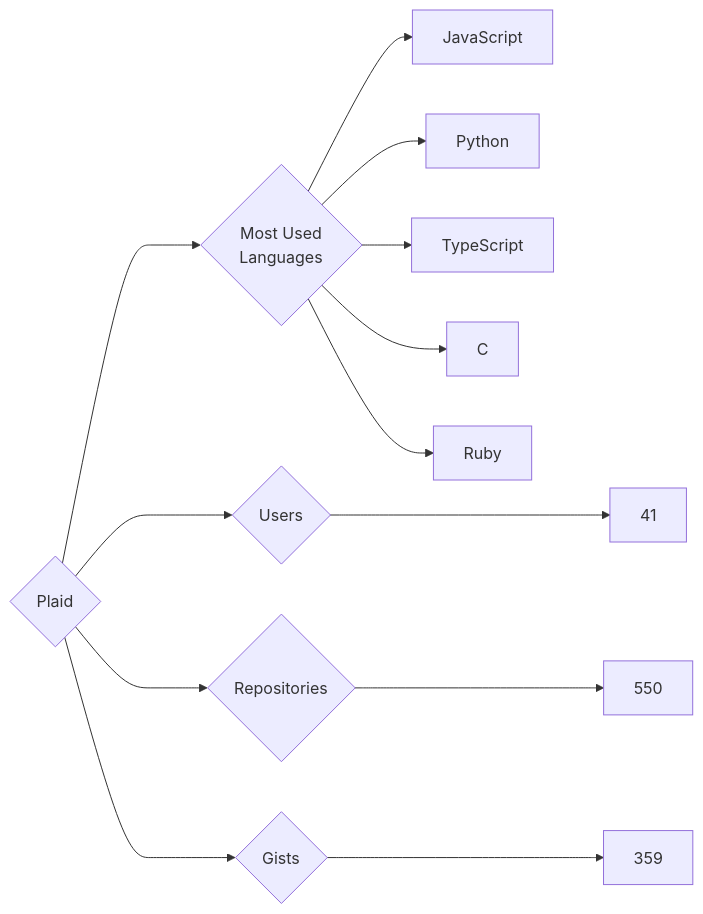
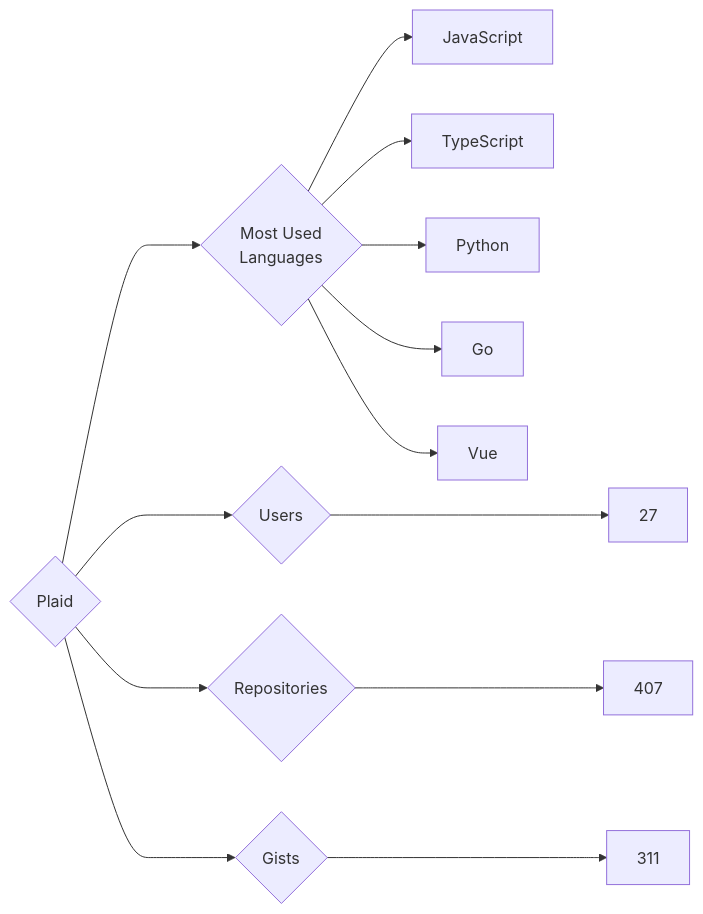
The diagram in targets/Plaid/README.md (trickest/insiders), drawn with Mermaid before and after one commit. The commit also changed 794 other files, not shown here.

````diff
--- a/targets/Plaid/README.md
+++ b/targets/Plaid/README.md
@@ -3,13 +3,13 @@
 ```mermaid
 graph LR
 COMPANY_NAME{Plaid}
-COMPANY_NAME ---> U{Users} ---> UN[41]
-COMPANY_NAME ---> R{Repositories} ---> RN[550]
-COMPANY_NAME ---> G{Gists} ---> GN[359]
+COMPANY_NAME ---> U{Users} ---> UN[27]
+COMPANY_NAME ---> R{Repositories} ---> RN[407]
+COMPANY_NAME ---> G{Gists} ---> GN[311]
 COMPANY_NAME ---> ML{Most Used<br>Languages}
 ML --> JavaScript[JavaScript]
+ML --> TypeScript[TypeScript]
 ML --> Python[Python]
-ML --> TypeScript[TypeScript]
-ML --> C[C]
-ML --> Ruby[Ruby]
+ML --> Go[Go]
+ML --> Vue[Vue]
 ```
````
